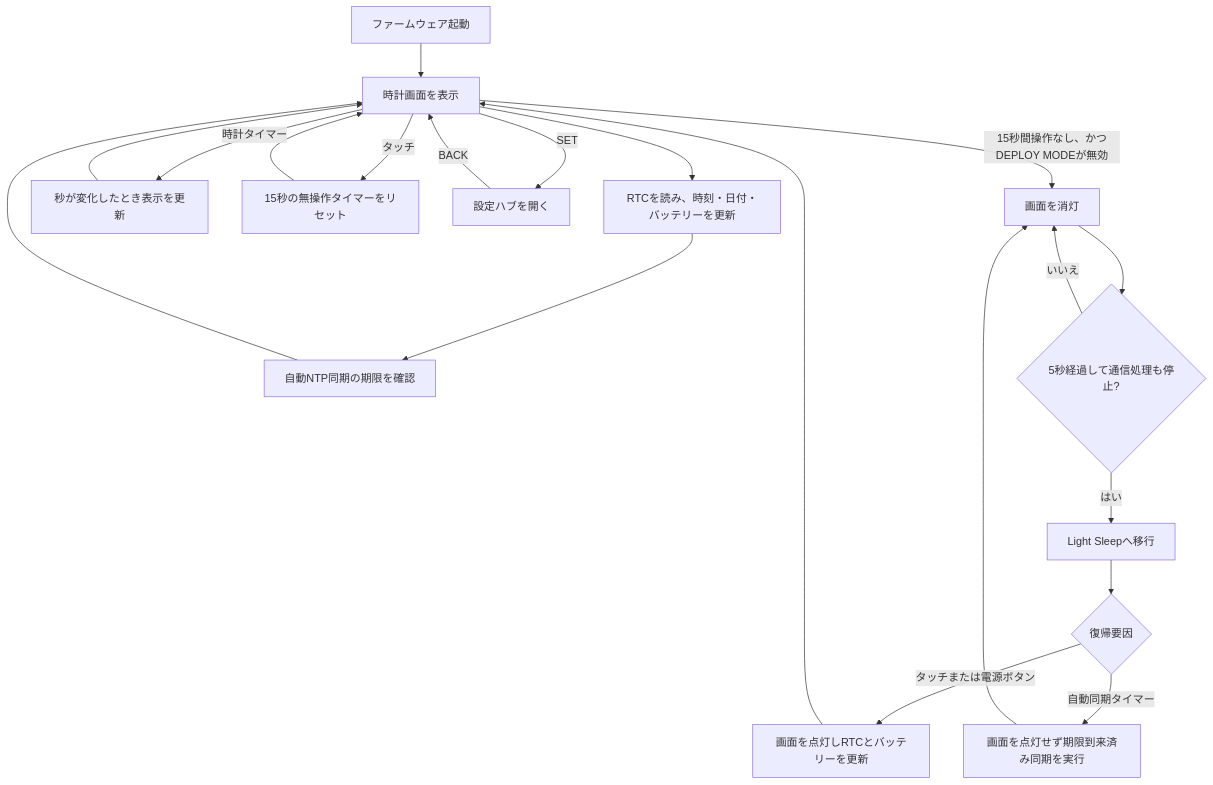
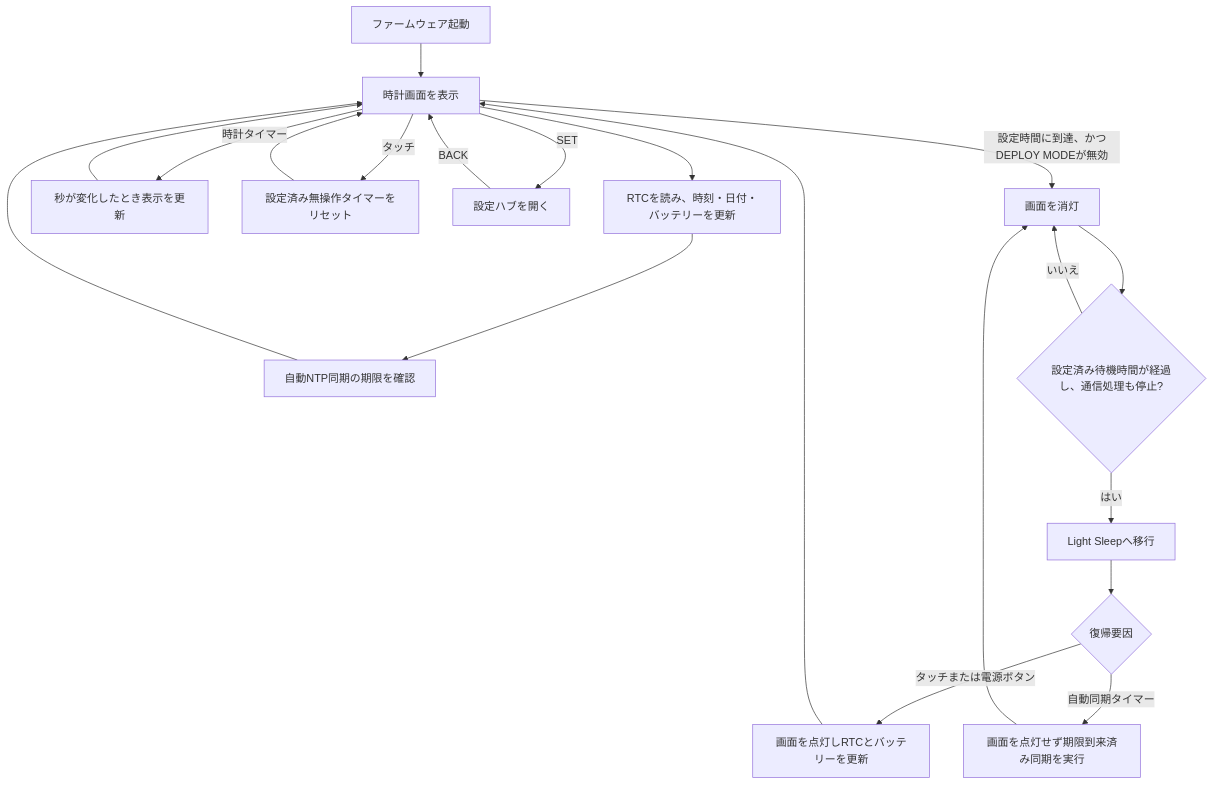
One commit to keach/LilyGoLib-PlatformIO changed the fourth of 6 diagrams in README.md. Above: the diagram before and after it, drawn with Mermaid. The commit also changed other lines of this file and 1 other file, not shown here.

````diff
--- a/README.md
+++ b/README.md
@@ -450,24 +470,24 @@
 ```mermaid
 flowchart TD
     BOOT["ファームウェア起動"] --> CLOCK["時計画面を表示"]
     CLOCK --> REFRESH["RTCを読み、時刻・日付・バッテリーを更新"]
     REFRESH --> DUE["自動NTP同期の期限を確認"]
     DUE --> CLOCK
 
     CLOCK -- "時計タイマー" --> TICK["秒が変化したとき表示を更新"]
     TICK --> CLOCK
-    CLOCK -- "タッチ" --> ACTIVE["15秒の無操作タイマーをリセット"]
+    CLOCK -- "タッチ" --> ACTIVE["設定済み無操作タイマーをリセット"]
     ACTIVE --> CLOCK
     CLOCK -- "SET" --> HUB["設定ハブを開く"]
     HUB -- "BACK" --> CLOCK
 
-    CLOCK -- "15秒間操作なし、かつDEPLOY MODEが無効" --> OFF["画面を消灯"]
-    OFF --> READY{"5秒経過して通信処理も停止?"}
+    CLOCK -- "設定時間に到達、かつDEPLOY MODEが無効" --> OFF["画面を消灯"]
+    OFF --> READY{"設定済み待機時間が経過し、通信処理も停止?"}
     READY -- "いいえ" --> OFF
     READY -- "はい" --> SLEEP["Light Sleepへ移行"]
     SLEEP --> WAKE{"復帰要因"}
     WAKE -- "タッチまたは電源ボタン" --> RESTORE["画面を点灯しRTCとバッテリーを更新"]
     RESTORE --> CLOCK
     WAKE -- "自動同期タイマー" --> BG["画面を点灯せず期限到来済み同期を実行"]
     BG --> OFF
 ```
````
